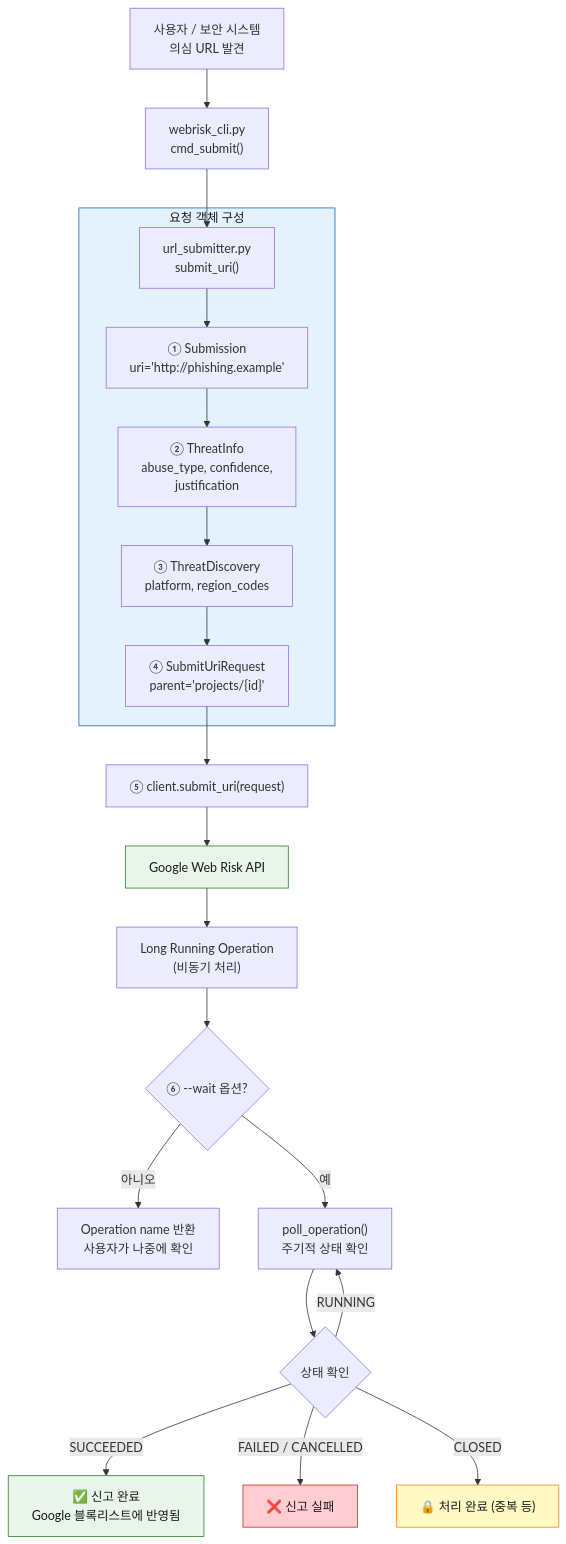
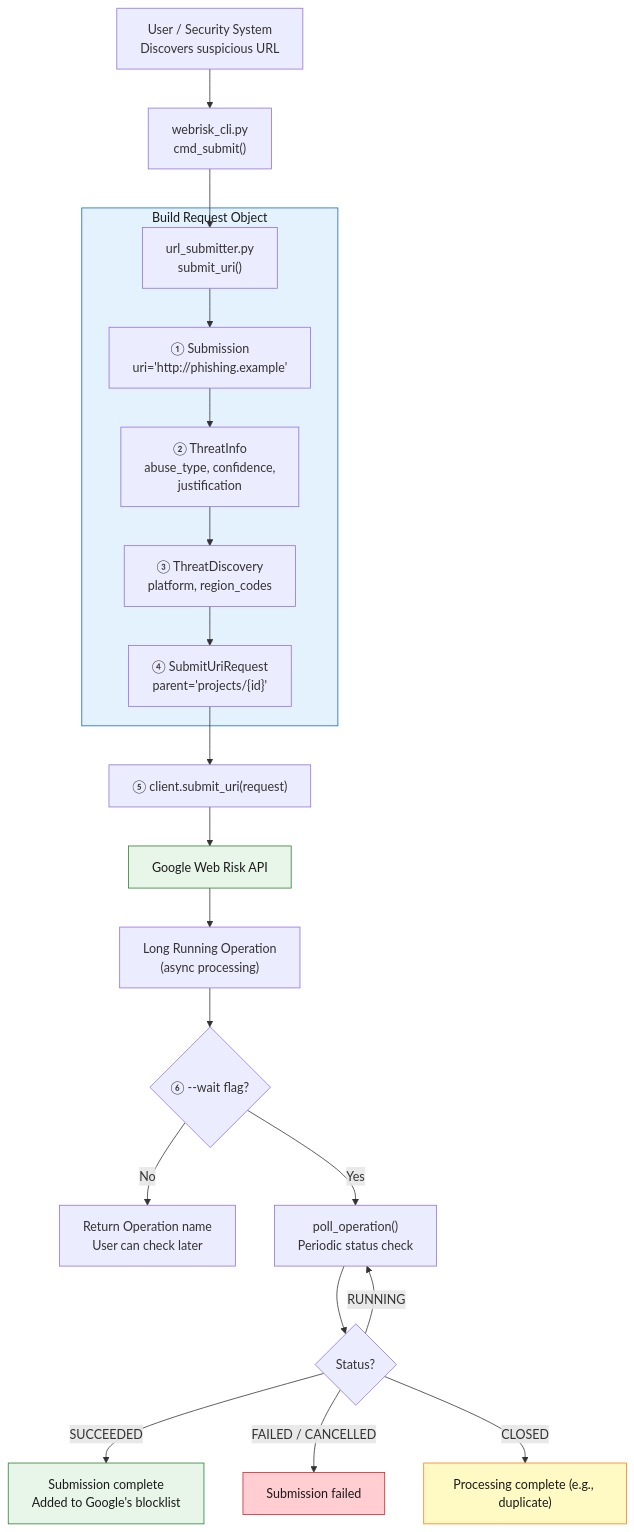
Before and after one commit to kataroya/web-risk-cli: the seventh of 9 diagrams in WORKFLOW_GUIDE.md, drawn with Mermaid. The commit also changed other lines of this file and 6 other files, not shown here.

````diff
--- a/WORKFLOW_GUIDE.md
+++ b/WORKFLOW_GUIDE.md
@@ -814,30 +784,30 @@
 ```mermaid
 flowchart TD
-    A["사용자 / 보안 시스템<br/>의심 URL 발견"] --> B["webrisk_cli.py<br/>cmd_submit()"]
+    A["User / Security System<br/>Discovers suspicious URL"] --> B["webrisk_cli.py<br/>cmd_submit()"]
     B --> C["url_submitter.py<br/>submit_uri()"]
 
-    subgraph BUILD["요청 객체 구성"]
+    subgraph BUILD["Build Request Object"]
         C --> D["① Submission<br/>uri='http://phishing.example'"]
         D --> E["② ThreatInfo<br/>abuse_type, confidence,<br/>justification"]
         E --> F["③ ThreatDiscovery<br/>platform, region_codes"]
         F --> G["④ SubmitUriRequest<br/>parent='projects/{id}'"]
     end
 
     G --> H["⑤ client.submit_uri(request)"]
     H --> I["Google Web Risk API"]
-    I --> J["Long Running Operation<br/>(비동기 처리)"]
-    J --> K{"⑥ --wait 옵션?"}
-    K -->|"아니오"| L["Operation name 반환<br/>사용자가 나중에 확인"]
-    K -->|"예"| M["poll_operation()<br/>주기적 상태 확인"]
-    M --> N{"상태 확인"}
+    I --> J["Long Running Operation<br/>(async processing)"]
+    J --> K{"⑥ --wait flag?"}
+    K -->|"No"| L["Return Operation name<br/>User can check later"]
+    K -->|"Yes"| M["poll_operation()<br/>Periodic status check"]
+    M --> N{"Status?"}
     N -->|"RUNNING"| M
-    N -->|"SUCCEEDED"| O["✅ 신고 완료<br/>Google 블록리스트에 반영됨"]
-    N -->|"FAILED / CANCELLED"| P["❌ 신고 실패"]
-    N -->|"CLOSED"| Q["🔒 처리 완료 (중복 등)"]
+    N -->|"SUCCEEDED"| O["Submission complete<br/>Added to Google's blocklist"]
+    N -->|"FAILED / CANCELLED"| P["Submission failed"]
+    N -->|"CLOSED"| Q["Processing complete (e.g., duplicate)"]
 
     style BUILD fill:#e3f2fd,stroke:#1565c0,color:#1a1a1a
     style I fill:#e8f5e9,stroke:#2e7d32,color:#1a1a1a
     style O fill:#e8f5e9,stroke:#2e7d32,color:#1a1a1a
     style P fill:#ffcdd2,stroke:#c62828,color:#1a1a1a
     style Q fill:#fff9c4,stroke:#f57f17,color:#1a1a1a
 ```
````
